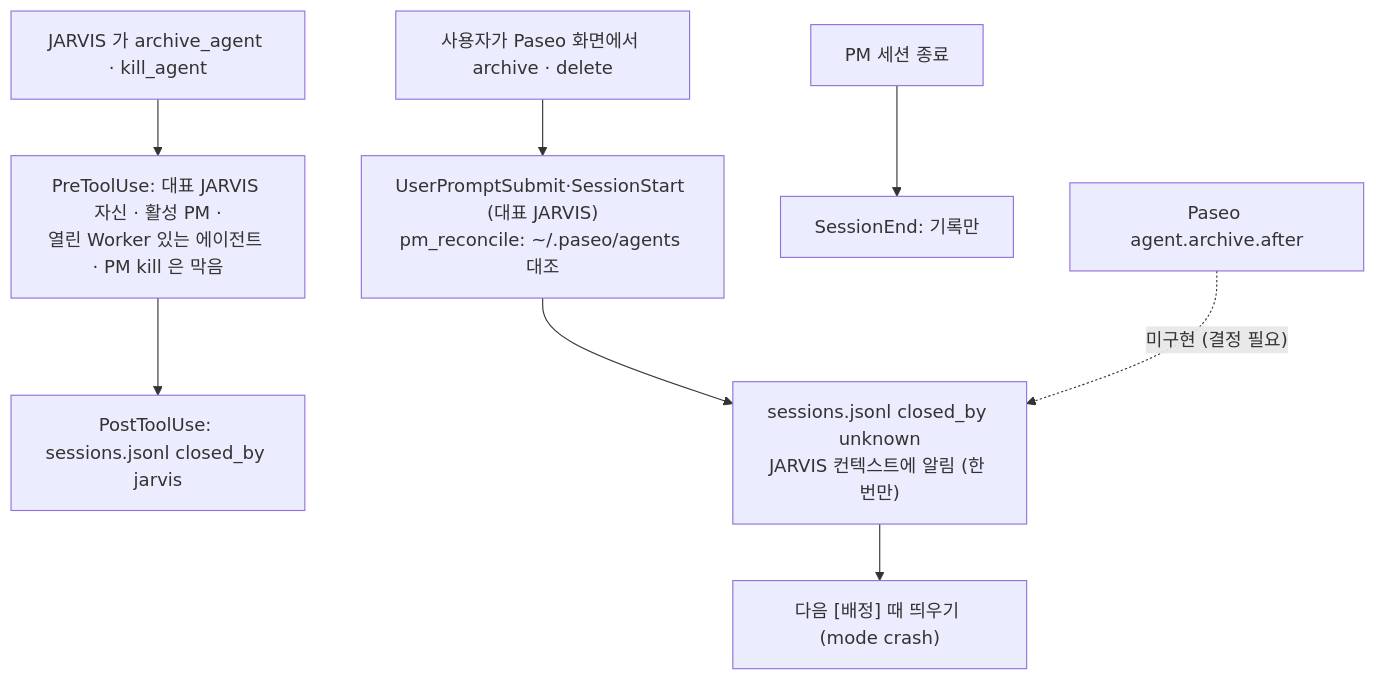
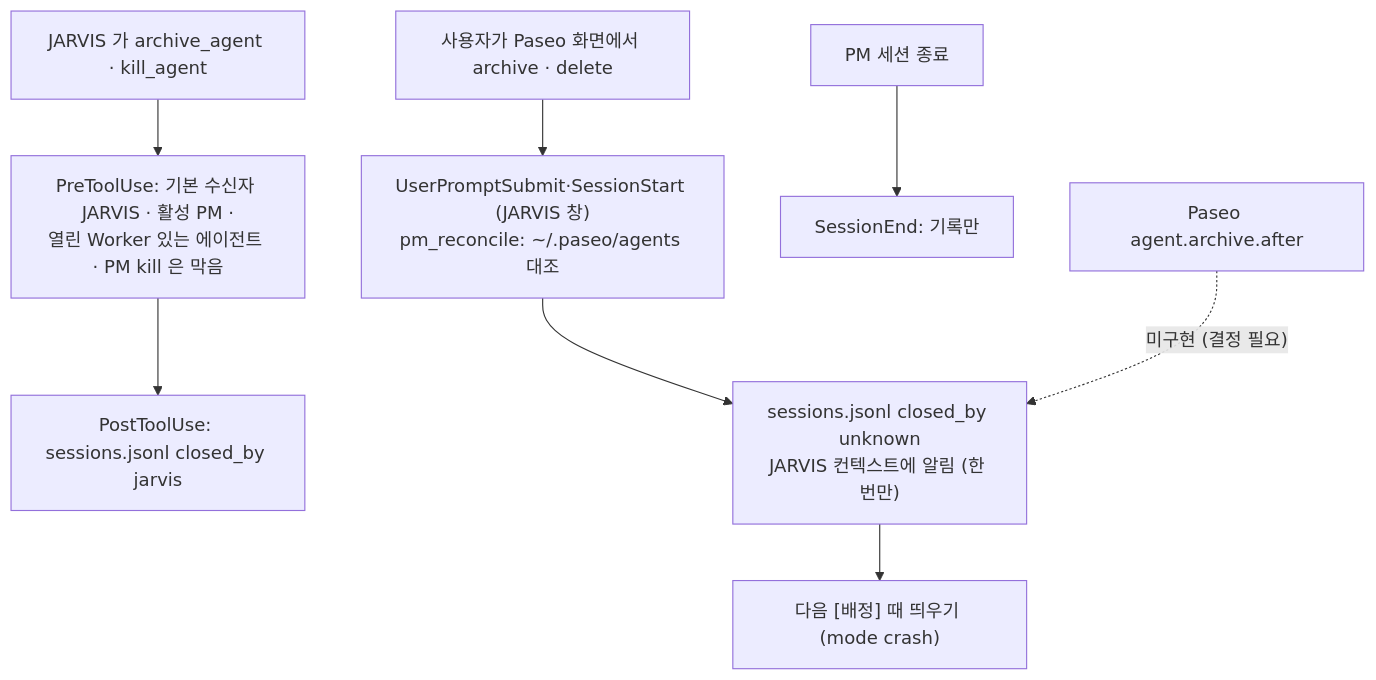
The fifth of 5 diagrams in docs/02_Agent_Lifecycle_Management.md (smdeveloper7/jarvis), drawn with Mermaid before and after one commit. The commit also changed other lines of this file and 11 other files, not shown here.

First line of the commit message:
JARVIS 여러 창 동시 사용과 PM 제목·Worker 이름 규칙 추가

````diff
--- a/docs/02_Agent_Lifecycle_Management.md
+++ b/docs/02_Agent_Lifecycle_Management.md
@@ -178,12 +178,12 @@
 ```mermaid
 flowchart TD
-    A1["JARVIS 가 archive_agent · kill_agent"] --> H1["PreToolUse: 대표 JARVIS 자신 · 활성 PM ·<br/>열린 Worker 있는 에이전트 · PM kill 은 막음"]
+    A1["JARVIS 가 archive_agent · kill_agent"] --> H1["PreToolUse: 기본 수신자 JARVIS · 활성 PM ·<br/>열린 Worker 있는 에이전트 · PM kill 은 막음"]
     H1 --> H2["PostToolUse: sessions.jsonl closed_by jarvis"]
 
-    A2["사용자가 Paseo 화면에서 archive · delete"] --> R1["UserPromptSubmit·SessionStart (대표 JARVIS)<br/>pm_reconcile: ~/.paseo/agents 대조"]
+    A2["사용자가 Paseo 화면에서 archive · delete"] --> R1["UserPromptSubmit·SessionStart (JARVIS 창)<br/>pm_reconcile: ~/.paseo/agents 대조"]
     R1 --> X["sessions.jsonl closed_by unknown<br/>JARVIS 컨텍스트에 알림 (한 번만)"]
     X --> Y["다음 [배정] 때 띄우기 (mode crash)"]
 
     A3["PM 세션 종료"] --> S1["SessionEnd: 기록만"]
     A4["Paseo agent.archive.after"] -.->|"미구현 (결정 필요)"| X
 ```
````
